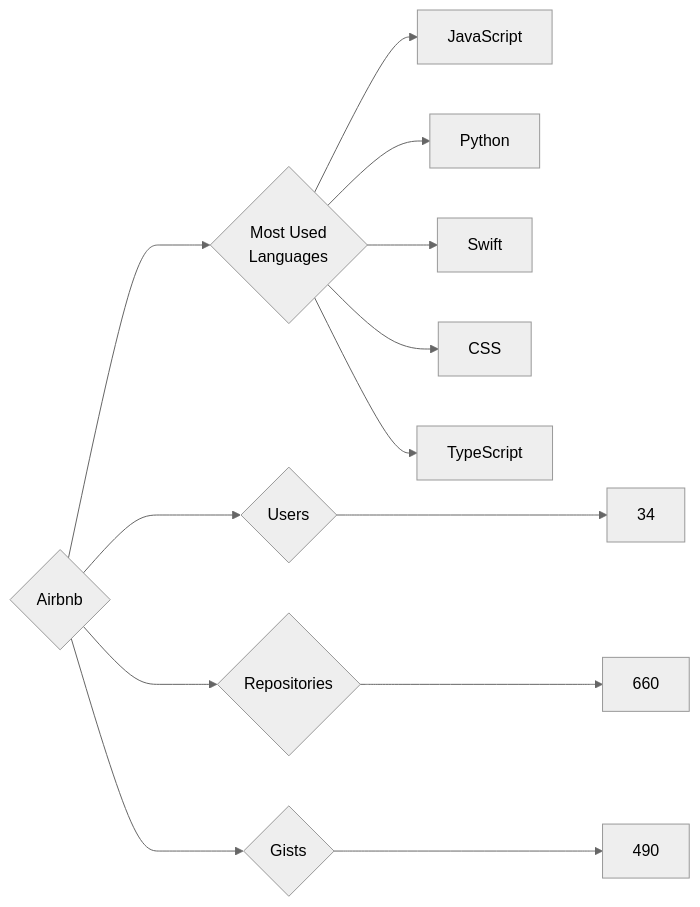
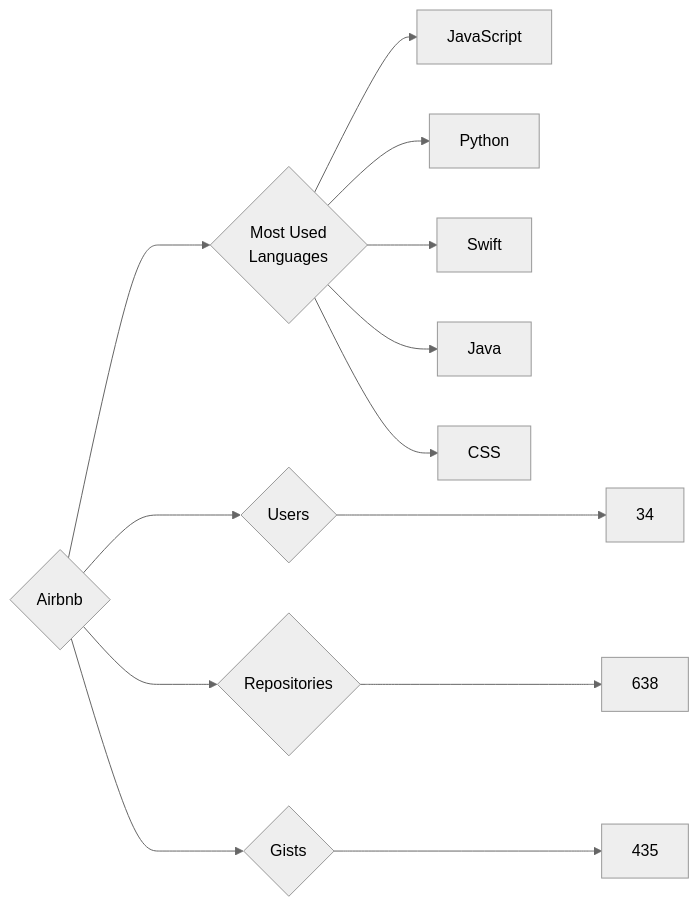
One commit to trickest/insiders changed the diagram in targets/Airbnb/README.md. Above: the diagram before and after it, drawn with Mermaid (neutral theme). The commit also changed 757 other files, not shown here.

````diff
--- a/targets/Airbnb/README.md
+++ b/targets/Airbnb/README.md
@@ -3,13 +3,13 @@
 ```mermaid
 graph LR
 COMPANY_NAME{Airbnb}
 COMPANY_NAME ---> U{Users} ---> UN[34]
-COMPANY_NAME ---> R{Repositories} ---> RN[660]
-COMPANY_NAME ---> G{Gists} ---> GN[490]
+COMPANY_NAME ---> R{Repositories} ---> RN[638]
+COMPANY_NAME ---> G{Gists} ---> GN[435]
 COMPANY_NAME ---> ML{Most Used<br>Languages}
 ML --> JavaScript[JavaScript]
 ML --> Python[Python]
 ML --> Swift[Swift]
+ML --> Java[Java]
 ML --> CSS[CSS]
-ML --> TypeScript[TypeScript]
 ```
````
